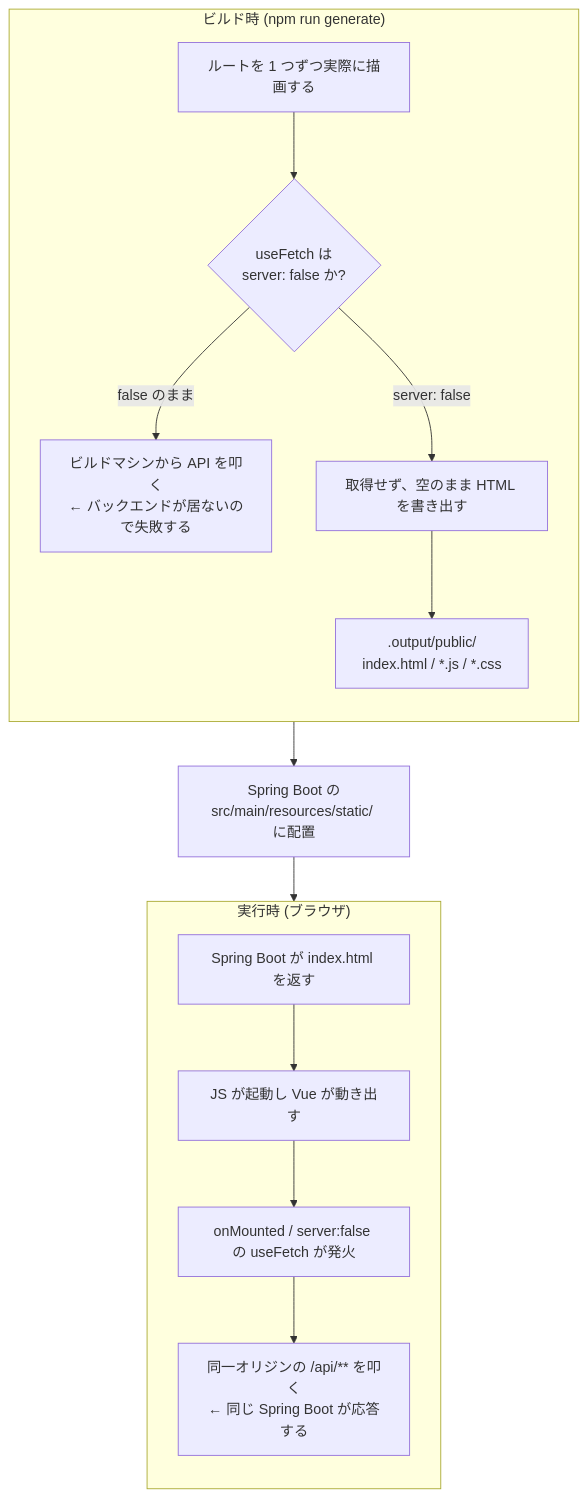
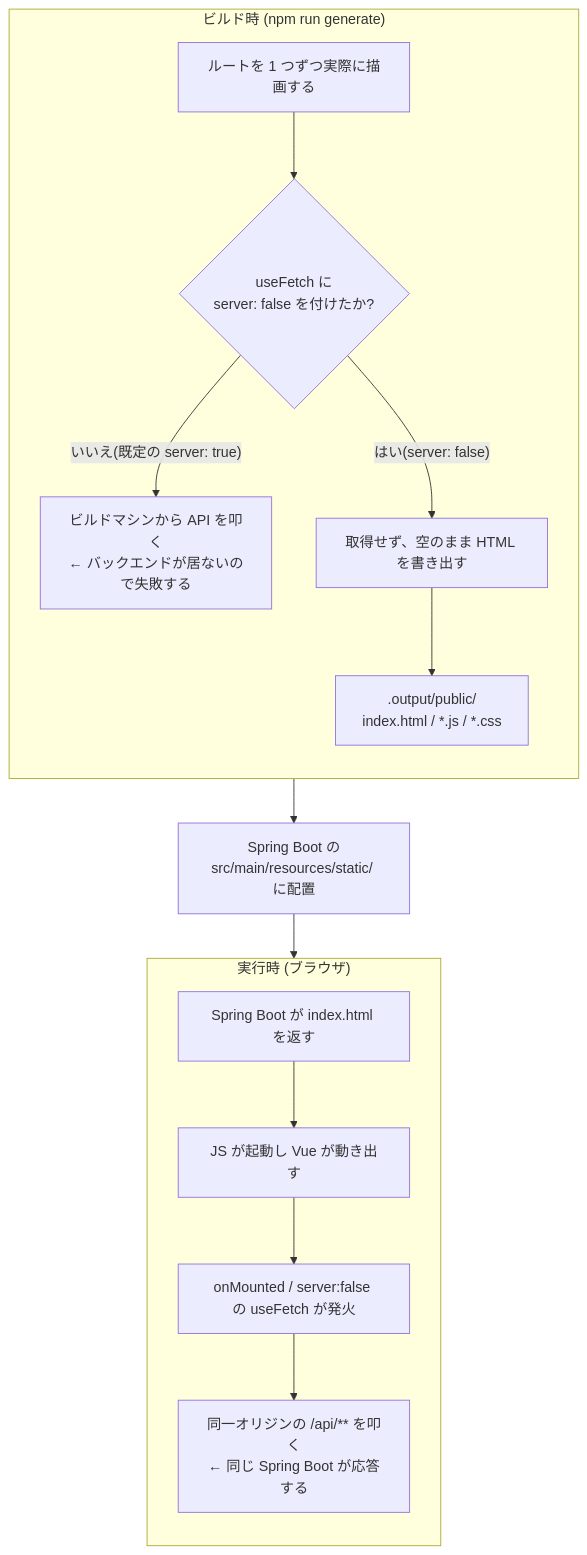
Before and after one commit to 0000masa/nuxt-java-practice: the diagram in docs/notes/vue/data-fetching-and-ssg.md, drawn with Mermaid. The commit also changed other lines of this file, not shown here.

First line of the commit message:
docs: データ取得メモに server オプションの既定値を明記

````diff
--- a/docs/notes/vue/data-fetching-and-ssg.md
+++ b/docs/notes/vue/data-fetching-and-ssg.md
@@ -158,21 +160,21 @@
 ```mermaid
 flowchart TB
   subgraph B["ビルド時 (npm run generate)"]
     direction TB
-    B1["ルートを 1 つずつ実際に描画する"] --> B2{"useFetch は<br/>server: false か?"}
-    B2 -->|"false のまま"| B3["ビルドマシンから API を叩く<br/>← バックエンドが居ないので失敗する"]
-    B2 -->|"server: false"| B4["取得せず、空のまま HTML を書き出す"]
+    B1["ルートを 1 つずつ実際に描画する"] --> B2{"useFetch に<br/>server: false を付けたか?"}
+    B2 -->|"いいえ(既定の server: true)"| B3["ビルドマシンから API を叩く<br/>← バックエンドが居ないので失敗する"]
+    B2 -->|"はい(server: false)"| B4["取得せず、空のまま HTML を書き出す"]
     B4 --> B5[".output/public/<br/>index.html / *.js / *.css"]
   end
 
   B5 --> D["Spring Boot の<br/>src/main/resources/static/ に配置"]
 
   subgraph R["実行時 (ブラウザ)"]
     direction TB
     R1["Spring Boot が index.html を返す"] --> R2["JS が起動し Vue が動き出す"]
     R2 --> R3["onMounted / server:false の useFetch が発火"]
     R3 --> R4["同一オリジンの /api/** を叩く<br/>← 同じ Spring Boot が応答する"]
   end
 
   D --> R1
 ```
````
